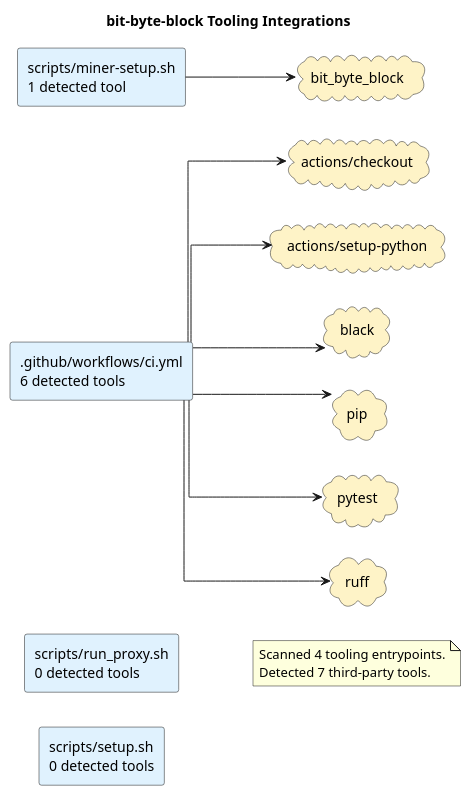
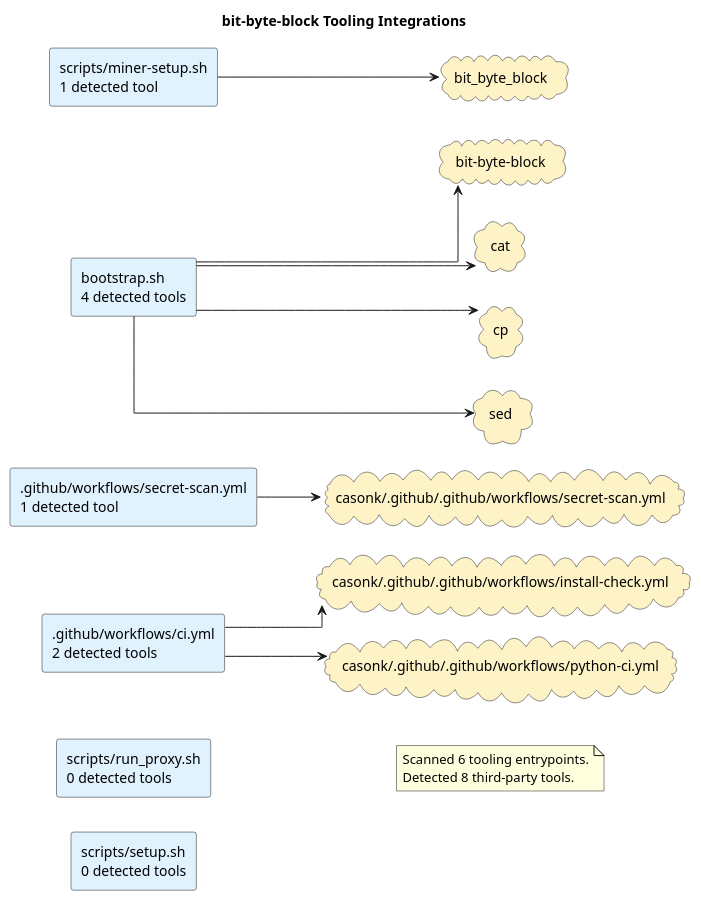
One commit to casonk/bit-byte-block changed the diagram in docs/diagrams/tooling-integrations.puml. Above: the diagram before and after it, drawn with PlantUML. The commit also changed 6 other files, not shown here.

Commit message:
docs: refresh architecture diagrams (#6)

```diff
--- a/docs/diagrams/tooling-integrations.puml
+++ b/docs/diagrams/tooling-integrations.puml
@@ -1,30 +1,34 @@
 @startuml
 title bit-byte-block Tooling Integrations
 left to right direction
 skinparam shadowing false
 skinparam defaultFontName Monospace
 skinparam componentStyle rectangle
 skinparam linetype ortho
-rectangle ".github/workflows/ci.yml\n6 detected tools" as source_github_workflows_ci_yml #E0F2FE
+rectangle ".github/workflows/ci.yml\n2 detected tools" as source_github_workflows_ci_yml #E0F2FE
+rectangle ".github/workflows/secret-scan.yml\n1 detected tool" as source_github_workflows_secret_scan_yml #E0F2FE
+rectangle "bootstrap.sh\n4 detected tools" as source_bootstrap_sh #E0F2FE
 rectangle "scripts/miner-setup.sh\n1 detected tool" as source_scripts_miner_setup_sh #E0F2FE
 rectangle "scripts/run_proxy.sh\n0 detected tools" as source_scripts_run_proxy_sh #E0F2FE
 rectangle "scripts/setup.sh\n0 detected tools" as source_scripts_setup_sh #E0F2FE
-cloud "actions/checkout" as tool_actions_checkout #FEF3C7
-cloud "actions/setup-python" as tool_actions_setup_python #FEF3C7
-cloud "bit_byte_block" as tool_bit_byte_block #FEF3C7
-cloud "black" as tool_black #FEF3C7
-cloud "pip" as tool_pip #FEF3C7
-cloud "pytest" as tool_pytest #FEF3C7
-cloud "ruff" as tool_ruff #FEF3C7
-source_github_workflows_ci_yml --> tool_actions_checkout
-source_github_workflows_ci_yml --> tool_actions_setup_python
-source_github_workflows_ci_yml --> tool_black
-source_github_workflows_ci_yml --> tool_pip
-source_github_workflows_ci_yml --> tool_pytest
-source_github_workflows_ci_yml --> tool_ruff
-source_scripts_miner_setup_sh --> tool_bit_byte_block
+cloud "bit-byte-block" as tool_bit_byte_block #FEF3C7
+cloud "bit_byte_block" as tool_bit_byte_block_2 #FEF3C7
+cloud "casonk/.github/.github/workflows/install-check.yml" as tool_casonk_github_github_workflows_install_check_yml #FEF3C7
+cloud "casonk/.github/.github/workflows/python-ci.yml" as tool_casonk_github_github_workflows_python_ci_yml #FEF3C7
+cloud "casonk/.github/.github/workflows/secret-scan.yml" as tool_casonk_github_github_workflows_secret_scan_yml #FEF3C7
+cloud "cat" as tool_cat #FEF3C7
+cloud "cp" as tool_cp #FEF3C7
+cloud "sed" as tool_sed #FEF3C7
+source_github_workflows_ci_yml --> tool_casonk_github_github_workflows_install_check_yml
+source_github_workflows_ci_yml --> tool_casonk_github_github_workflows_python_ci_yml
+source_github_workflows_secret_scan_yml --> tool_casonk_github_github_workflows_secret_scan_yml
+source_bootstrap_sh --> tool_bit_byte_block
+source_bootstrap_sh --> tool_cat
+source_bootstrap_sh --> tool_cp
+source_bootstrap_sh --> tool_sed
+source_scripts_miner_setup_sh --> tool_bit_byte_block_2
 note as toolingGraphSummary
-Scanned 4 tooling entrypoints.
-Detected 7 third-party tools.
+Scanned 6 tooling entrypoints.
+Detected 8 third-party tools.
 end note
 @enduml
```
